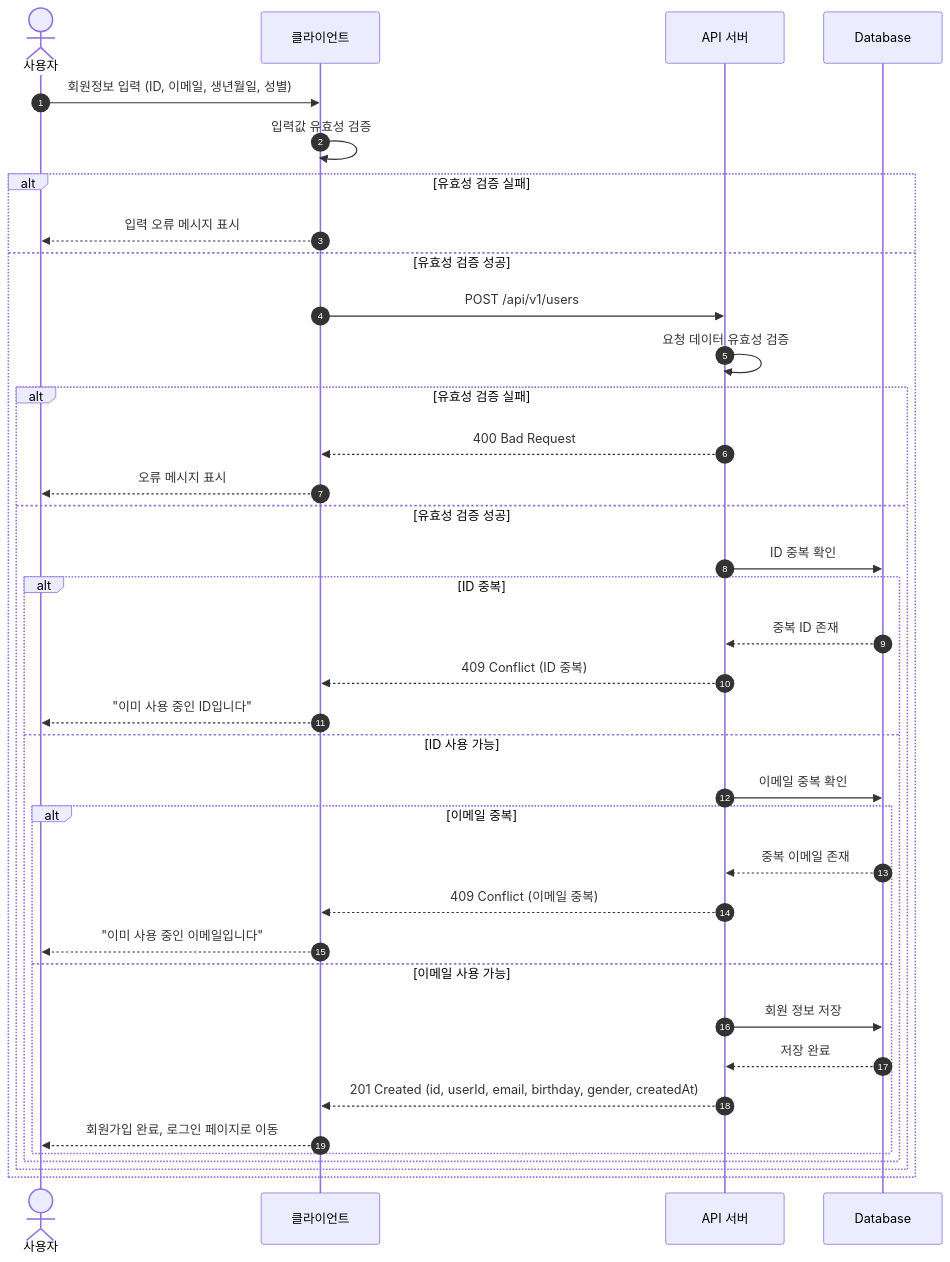
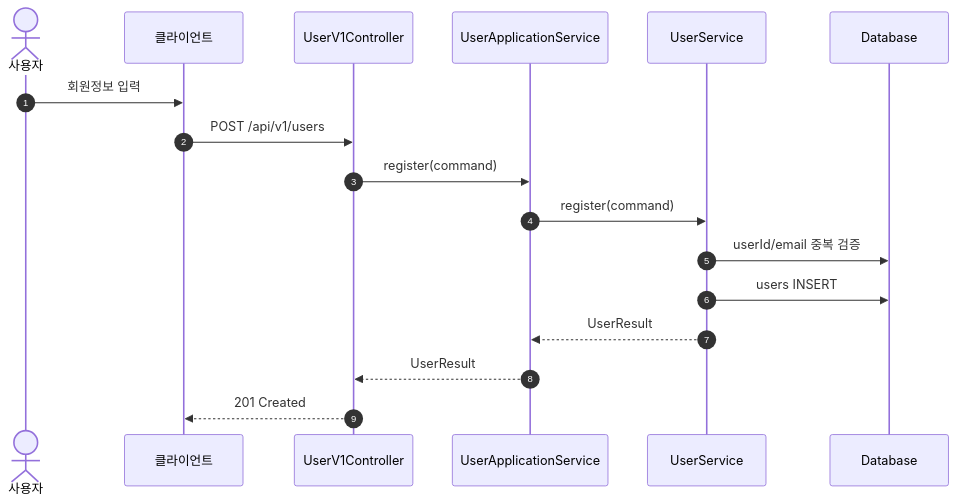
The first of 15 diagrams in docs/02-sequence-diagrams.md (yht0827/my-commerce), drawn with Mermaid before and after one commit. The commit also changed other lines of this file and 258 other files, not shown here.

````diff
--- a/docs/02-sequence-diagrams.md
+++ b/docs/02-sequence-diagrams.md
@@ -23,44 +24,20 @@
 ```mermaid
 sequenceDiagram
     autonumber
     actor User as 사용자
     participant Client as 클라이언트
-    participant Server as API 서버
+    participant API as UserV1Controller
+    participant App as UserApplicationService
+    participant Domain as UserService
     participant DB as Database
 
-    User->>Client: 회원정보 입력 (ID, 이메일, 생년월일, 성별)
-    Client->>Client: 입력값 유효성 검증
-
-    alt 유효성 검증 실패
-        Client-->>User: 입력 오류 메시지 표시
-    else 유효성 검증 성공
-        Client->>Server: POST /api/v1/users
-        Server->>Server: 요청 데이터 유효성 검증
-
-        alt 유효성 검증 실패
-            Server-->>Client: 400 Bad Request
-            Client-->>User: 오류 메시지 표시
-        else 유효성 검증 성공
-            Server->>DB: ID 중복 확인
-
-            alt ID 중복
-                DB-->>Server: 중복 ID 존재
-                Server-->>Client: 409 Conflict (ID 중복)
-                Client-->>User: "이미 사용 중인 ID입니다"
-            else ID 사용 가능
-                Server->>DB: 이메일 중복 확인
-
-                alt 이메일 중복
-                    DB-->>Server: 중복 이메일 존재
-                    Server-->>Client: 409 Conflict (이메일 중복)
-                    Client-->>User: "이미 사용 중인 이메일입니다"
-                else 이메일 사용 가능
-                    Server->>DB: 회원 정보 저장
-                    DB-->>Server: 저장 완료
-                    Server-->>Client: 201 Created (id, userId, email, birthday, gender, createdAt)
-                    Client-->>User: 회원가입 완료, 로그인 페이지로 이동
-                end
-            end
-        end
-    end
+    User->>Client: 회원정보 입력
+    Client->>API: POST /api/v1/users
+    API->>App: register(command)
+    App->>Domain: register(command)
+    Domain->>DB: userId/email 중복 검증
+    Domain->>DB: users INSERT
+    Domain-->>App: UserResult
+    App-->>API: UserResult
+    API-->>Client: 201 Created
 ```
````
